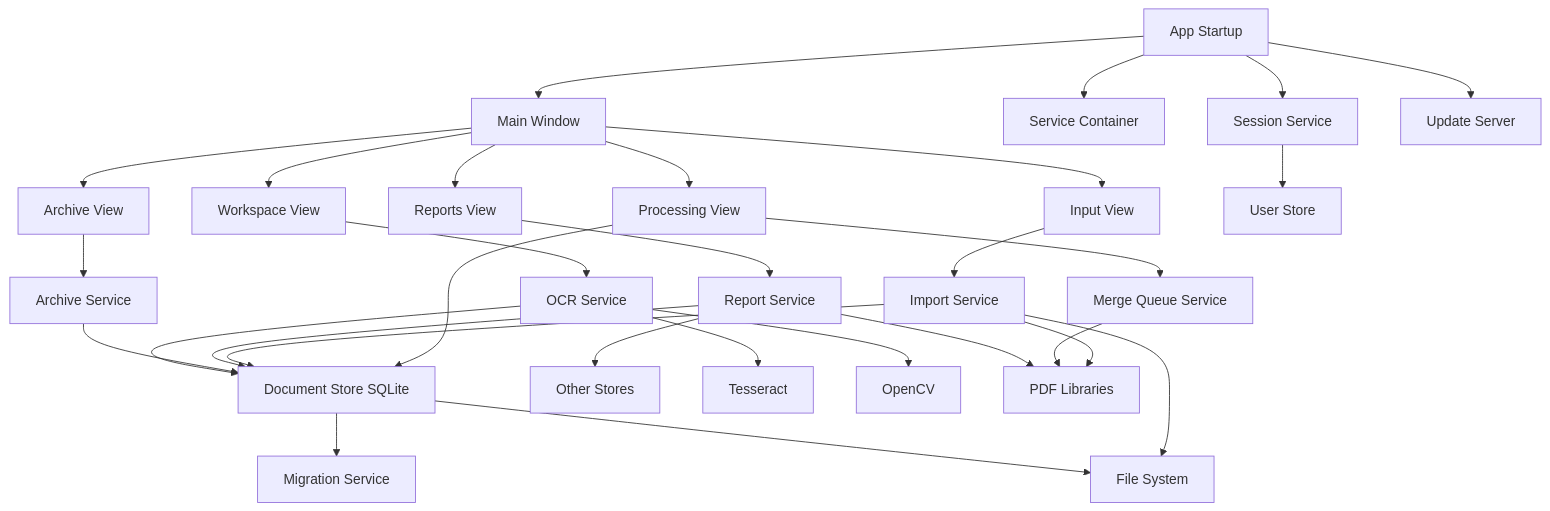
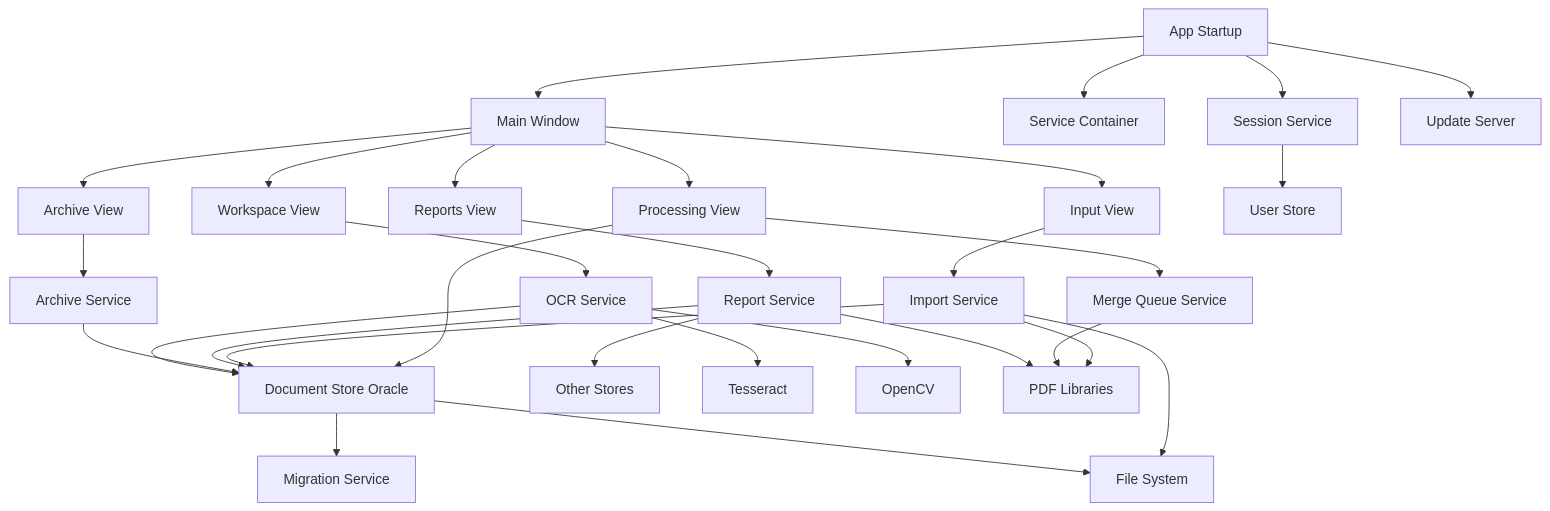
The first of 4 diagrams in docs/ARCHITECTURE_WORKFLOW_MERMAID.md (malsgier-oss/AUDITAORACLE), drawn with Mermaid before and after one commit. The commit also changed other lines of this file and 539 other files, not shown here.

````diff
--- a/docs/ARCHITECTURE_WORKFLOW_MERMAID.md
+++ b/docs/ARCHITECTURE_WORKFLOW_MERMAID.md
@@ -55,64 +55,64 @@
 ```mermaid
 flowchart TD
   A[App Startup]
   B[Main Window]
   C[Input View]
   D[Processing View]
   E[Workspace View]
   F[Archive View]
   G[Reports View]
 
   H[Service Container]
   I[Session Service]
   J[Import Service]
   K[OCR Service]
   L[Archive Service]
   M[Report Service]
   N[Merge Queue Service]
 
-  O[Document Store SQLite]
+  O[Document Store Oracle]
   P[User Store]
   Q[Other Stores]
   R[Migration Service]
   S[File System]
 
   T[Tesseract]
   U[OpenCV]
   V[PDF Libraries]
   W[Update Server]
 
   A --> H
   A --> I
   A --> B
 
   B --> C
   B --> D
   B --> E
   B --> F
   B --> G
 
   C --> J
   D --> N
   D --> O
   E --> K
   F --> L
   G --> M
 
   J --> O
   J --> S
   I --> P
   M --> O
   M --> Q
   L --> O
   O --> R
   O --> S
 
   K --> T
   K --> U
   K --> O
   J --> V
   N --> V
   M --> V
 
   A --> W
 ```
````
